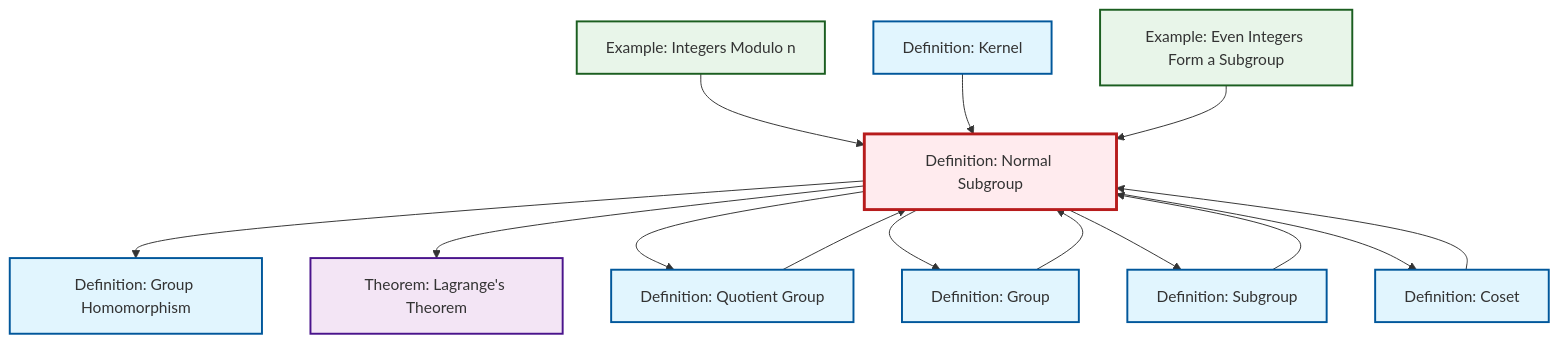
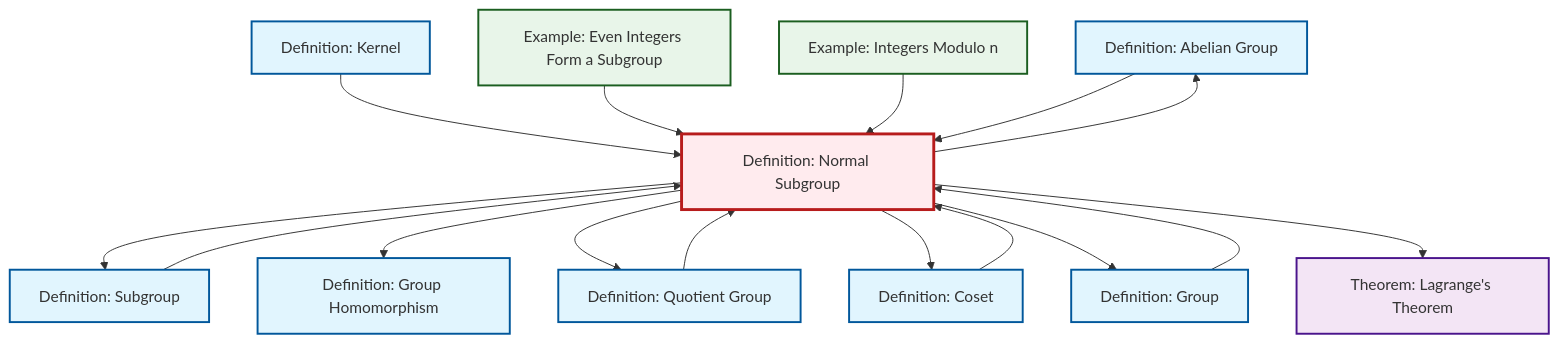
One commit to RK0429/ModernMath changed the diagram in content/en/algebra/def-normal-subgroup.qmd. Above: the diagram before and after it, drawn with Mermaid. The commit also changed other lines of this file and 474 other files, not shown here.

````diff
--- a/content/en/algebra/def-normal-subgroup.qmd
+++ b/content/en/algebra/def-normal-subgroup.qmd
@@ -89,42 +90,46 @@
 ```{mermaid}
 %%| fig-cap: "Local dependency graph"
 graph TD
     classDef definition fill:#e1f5fe,stroke:#01579b,stroke-width:2px
     classDef theorem fill:#f3e5f5,stroke:#4a148c,stroke-width:2px
     classDef axiom fill:#fff3e0,stroke:#e65100,stroke-width:2px
     classDef example fill:#e8f5e9,stroke:#1b5e20,stroke-width:2px
     classDef current fill:#ffebee,stroke:#b71c1c,stroke-width:3px
+    def-abelian-group["Definition: Abelian Group"]:::definition
+    def-quotient-group["Definition: Quotient Group"]:::definition
     ex-quotient-integers-mod-n["Example: Integers Modulo n"]:::example
+    thm-lagrange["Theorem: Lagrange's Theorem"]:::theorem
+    def-kernel["Definition: Kernel"]:::definition
     def-coset["Definition: Coset"]:::definition
+    def-homomorphism["Definition: Group Homomorphism"]:::definition
+    def-normal-subgroup["Definition: Normal Subgroup"]:::definition
+    ex-even-integers-subgroup["Example: Even Integers Form a Subgroup"]:::example
     def-group["Definition: Group"]:::definition
-    def-homomorphism["Definition: Group Homomorphism"]:::definition
-    def-kernel["Definition: Kernel"]:::definition
-    def-normal-subgroup["Definition: Normal Subgroup"]:::definition
-    def-quotient-group["Definition: Quotient Group"]:::definition
-    thm-lagrange["Theorem: Lagrange's Theorem"]:::theorem
-    ex-even-integers-subgroup["Example: Even Integers Form a Subgroup"]:::example
     def-subgroup["Definition: Subgroup"]:::definition
+    def-kernel --> def-normal-subgroup
+    ex-even-integers-subgroup --> def-normal-subgroup
+    def-normal-subgroup --> def-subgroup
+    def-normal-subgroup --> def-abelian-group
     def-normal-subgroup --> def-homomorphism
+    def-normal-subgroup --> def-quotient-group
+    def-quotient-group --> def-normal-subgroup
+    def-group --> def-normal-subgroup
+    ex-quotient-integers-mod-n --> def-normal-subgroup
+    def-abelian-group --> def-normal-subgroup
+    def-normal-subgroup --> def-coset
+    def-subgroup --> def-normal-subgroup
+    def-normal-subgroup --> def-group
     def-normal-subgroup --> thm-lagrange
-    ex-quotient-integers-mod-n --> def-normal-subgroup
-    def-kernel --> def-normal-subgroup
-    def-subgroup --> def-normal-subgroup
-    def-quotient-group --> def-normal-subgroup
-    def-normal-subgroup --> def-quotient-group
-    def-normal-subgroup --> def-group
-    ex-even-integers-subgroup --> def-normal-subgroup
-    def-group --> def-normal-subgroup
-    def-normal-subgroup --> def-subgroup
-    def-normal-subgroup --> def-coset
     def-coset --> def-normal-subgroup
     class def-normal-subgroup current
+    click def-abelian-group "def-abelian-group.html" "Go to Abelian Group definition"
+    click def-quotient-group "def-quotient-group.html" "Go to Quotient Group definition"
     click ex-quotient-integers-mod-n "ex-quotient-integers-mod-n.html" "Go to Integers Modulo n example"
+    click thm-lagrange "thm-lagrange.html" "Go to Lagrange's Theorem theorem"
+    click def-kernel "def-kernel.html" "Go to Kernel definition"
     click def-coset "def-coset.html" "Go to Coset definition"
+    click def-homomorphism "def-homomorphism.html" "Go to Group Homomorphism definition"
+    click ex-even-integers-subgroup "ex-even-integers-subgroup.html" "Go to Even Integers Form a Subgroup example"
     click def-group "def-group.html" "Go to Group definition"
-    click def-homomorphism "def-homomorphism.html" "Go to Group Homomorphism definition"
-    click def-kernel "def-kernel.html" "Go to Kernel definition"
-    click def-quotient-group "def-quotient-group.html" "Go to Quotient Group definition"
-    click thm-lagrange "thm-lagrange.html" "Go to Lagrange's Theorem theorem"
-    click ex-even-integers-subgroup "ex-even-integers-subgroup.html" "Go to Even Integers Form a Subgroup example"
     click def-subgroup "def-subgroup.html" "Go to Subgroup definition"
 ```
````
